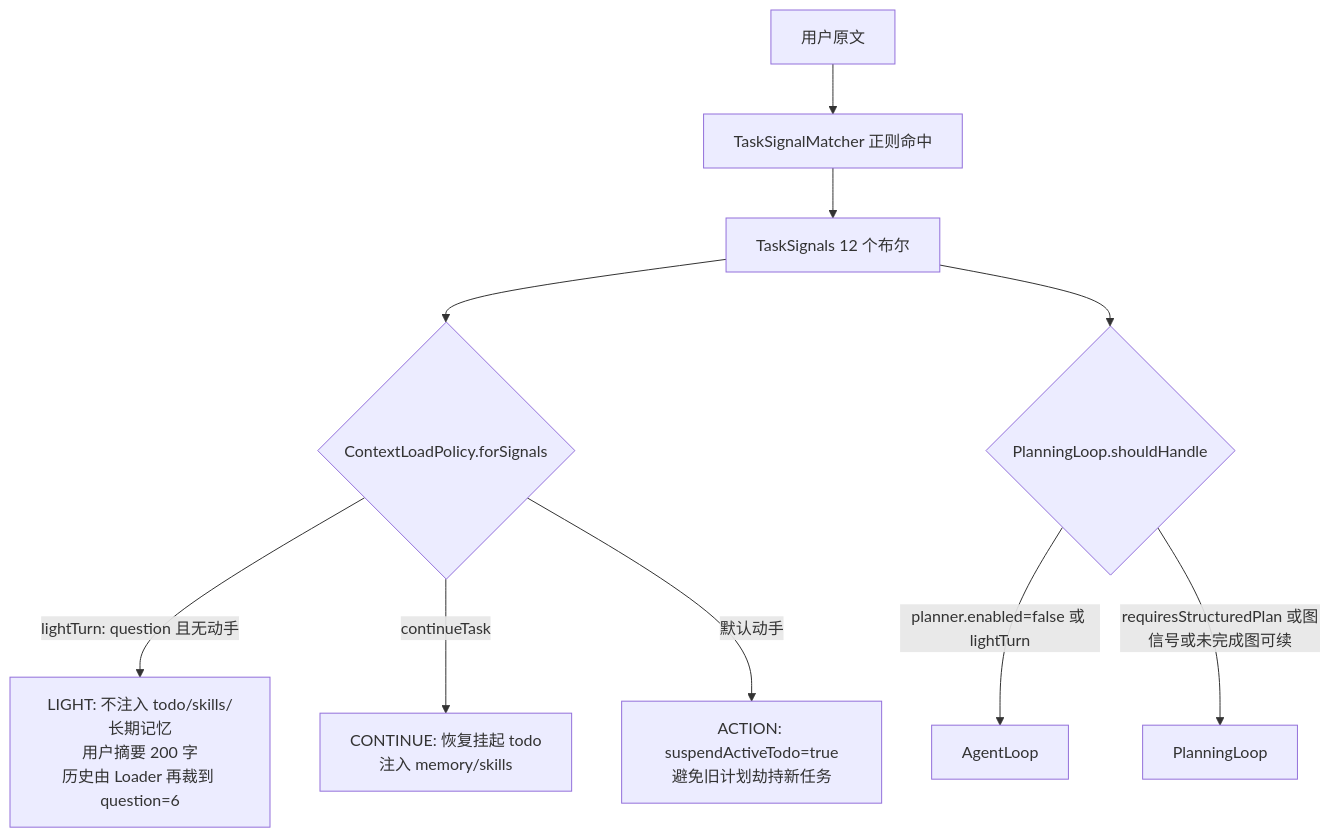
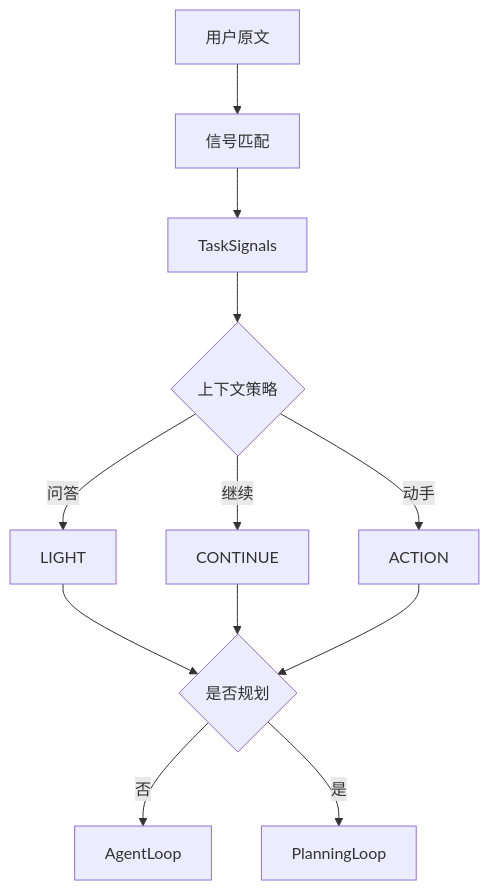
One commit to 1231111/mini-agent changed the eighth of 8 diagrams in docs/detailed-design.md. Above: the diagram before and after it, drawn with Mermaid. The commit also changed other lines of this file and 42 other files, not shown here.

````diff
--- a/docs/detailed-design.md
+++ b/docs/detailed-design.md
@@ -324,12 +382,14 @@
 ```mermaid
 flowchart TD
-    MSG[用户原文] --> MATCH[TaskSignalMatcher 正则命中]
-    MATCH --> SIG[TaskSignals 12 个布尔]
-    SIG --> POL{ContextLoadPolicy.forSignals}
-    POL -->|lightTurn: question 且无动手| LIGHT[LIGHT: 不注入 todo/skills/长期记忆<br/>用户摘要 200 字<br/>历史由 Loader 再裁到 question=6]
-    POL -->|continueTask| CONT[CONTINUE: 恢复挂起 todo<br/>注入 memory/skills]
-    POL -->|默认动手| ACT[ACTION: suspendActiveTodo=true<br/>避免旧计划劫持新任务]
-    SIG --> PLAN{PlanningLoop.shouldHandle}
-    PLAN -->|planner.enabled=false 或 lightTurn| AL[AgentLoop]
-    PLAN -->|requiresStructuredPlan 或图信号或未完成图可续| PL[PlanningLoop]
+    MSG["用户原文"] --> MATCH["信号匹配"]
+    MATCH --> SIG["TaskSignals"]
+    SIG --> POL{"上下文策略"}
+    POL -->|问答| LIGHT["LIGHT"]
+    POL -->|继续| CONT["CONTINUE"]
+    POL -->|动手| ACT["ACTION"]
+    LIGHT --> Q{"是否规划"}
+    CONT --> Q
+    ACT --> Q
+    Q -->|否| LOOP["AgentLoop"]
+    Q -->|是| PLAN["PlanningLoop"]
 ```
````
